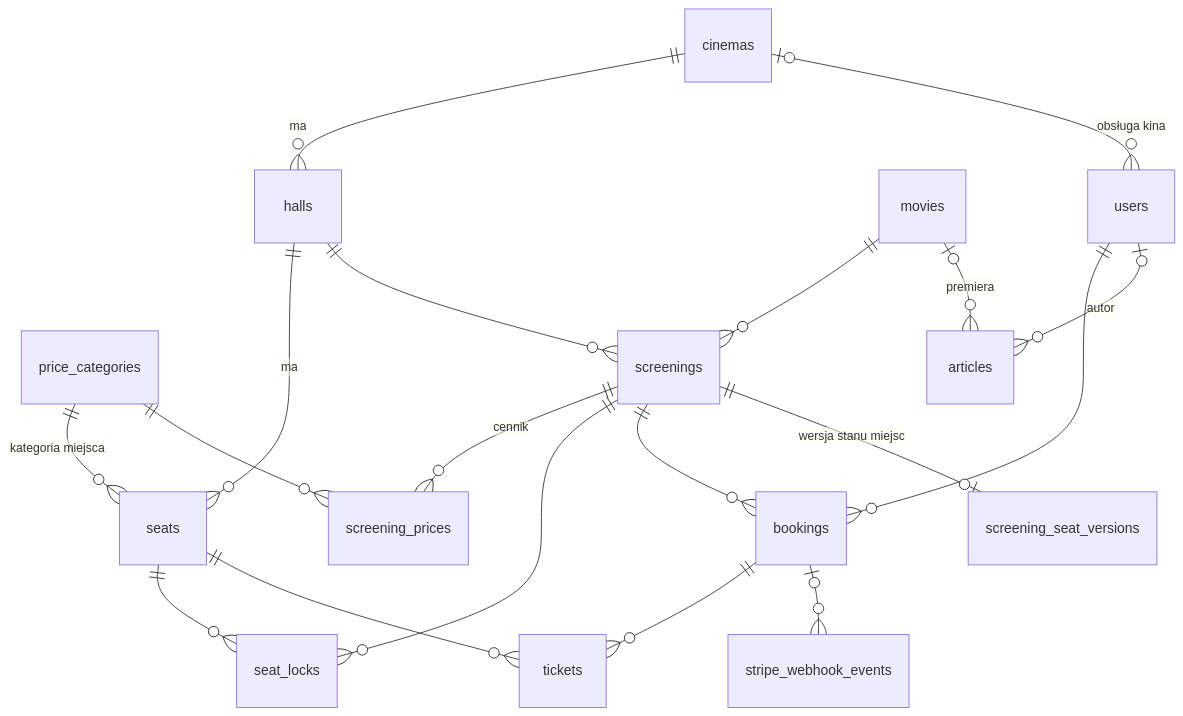
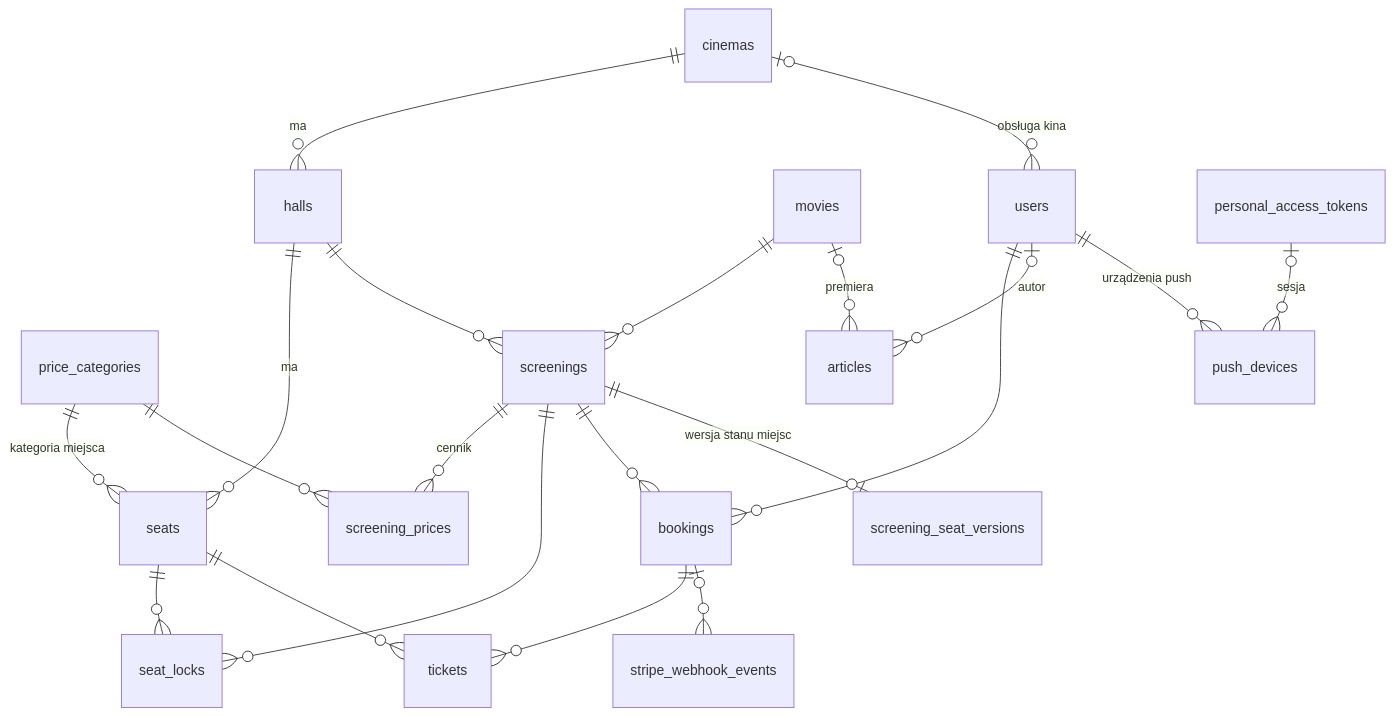
One commit to AndrzejSilinski/kino changed the first of 2 diagrams in README.md. Above: the diagram before and after it, drawn with Mermaid. The commit also changed other lines of this file and 1 other file, not shown here.

````diff
--- a/README.md
+++ b/README.md
@@ -135,21 +150,23 @@
 ```mermaid
 erDiagram
     cinemas ||--o{ halls : ma
     halls ||--o{ seats : ma
     price_categories ||--o{ seats : "kategoria miejsca"
     movies ||--o{ screenings : ""
     halls ||--o{ screenings : ""
     screenings ||--o{ screening_prices : cennik
     price_categories ||--o{ screening_prices : ""
     screenings ||--o{ seat_locks : ""
     seats ||--o{ seat_locks : ""
     users ||--o{ bookings : ""
     screenings ||--o{ bookings : ""
     bookings ||--o{ tickets : ""
     seats ||--o{ tickets : ""
     cinemas |o--o{ users : "obsługa kina"
     bookings |o--o{ stripe_webhook_events : ""
     screenings ||--o| screening_seat_versions : "wersja stanu miejsc"
     movies |o--o{ articles : "premiera"
     users |o--o{ articles : "autor"
+    users ||--o{ push_devices : "urządzenia push"
+    personal_access_tokens |o--o{ push_devices : "sesja"
 ```
````
